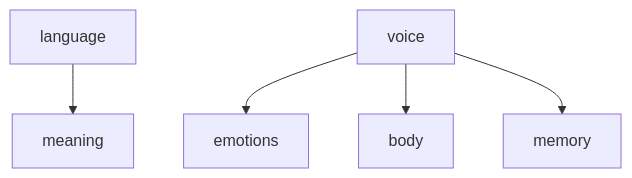
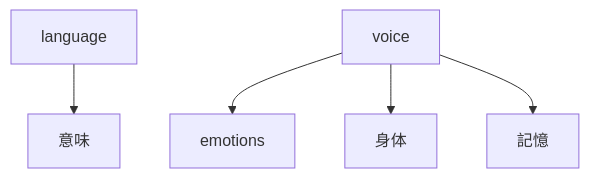
The second of 5 diagrams in en/_posts/2026-05-30-column-meredith-monk.md (monumental-movement/monumental-movement.github.io), drawn with Mermaid before and after one commit. The commit also changed other lines of this file and 2196 other files, not shown here.

```diff
--- a/en/_posts/2026-05-30-column-meredith-monk.md
+++ b/en/_posts/2026-05-30-column-meredith-monk.md
@@ -132,7 +132,7 @@
 <div class="mermaid">
 flowchart TD
-A[language] --> B[meaning]
+A[language] --> B[意味]
 C[voice] --> D[emotions]
-C --> E[body]
-C --> F[memory]
+C --> E[身体]
+C --> F[記憶]
 </div>
```
